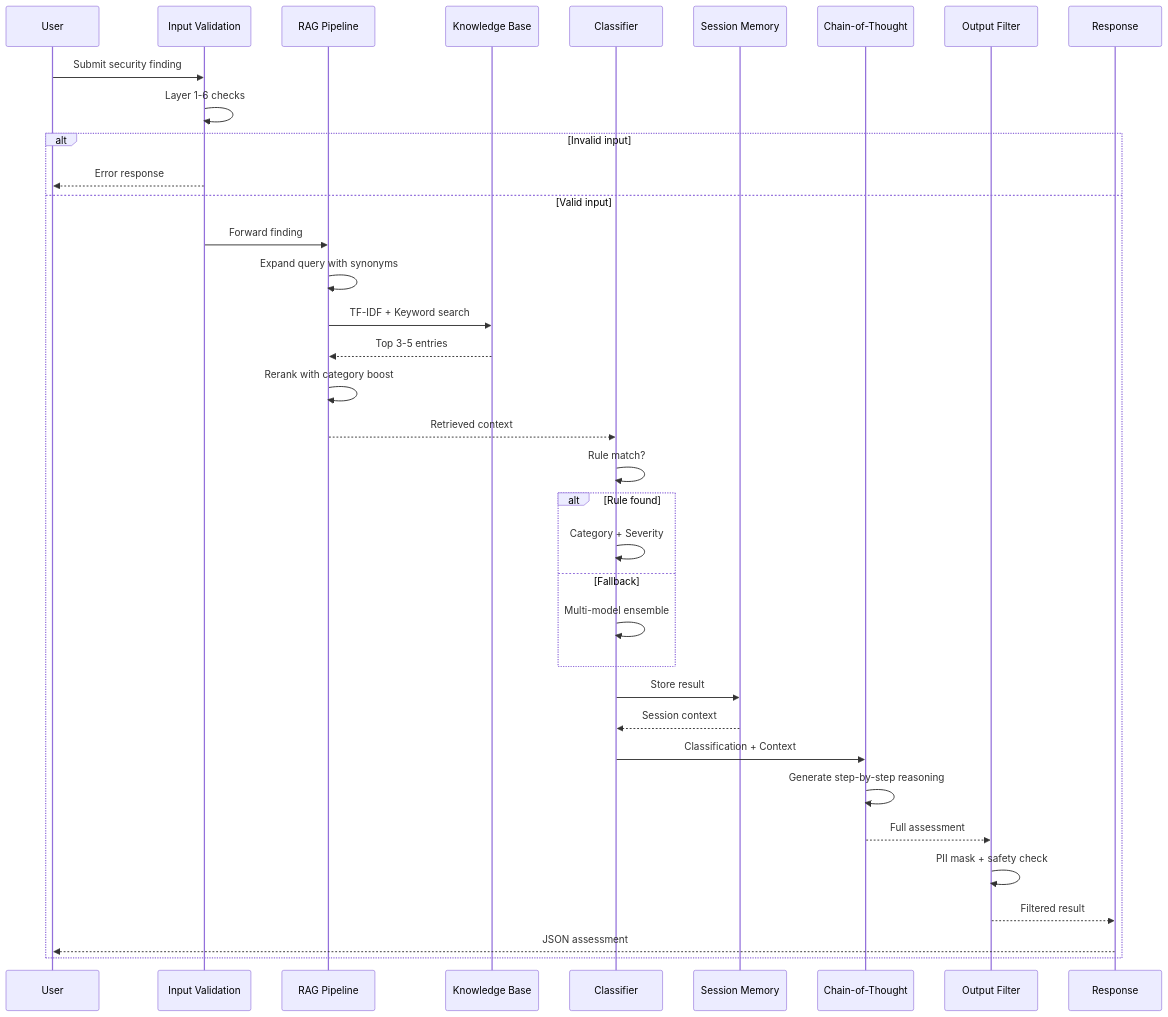
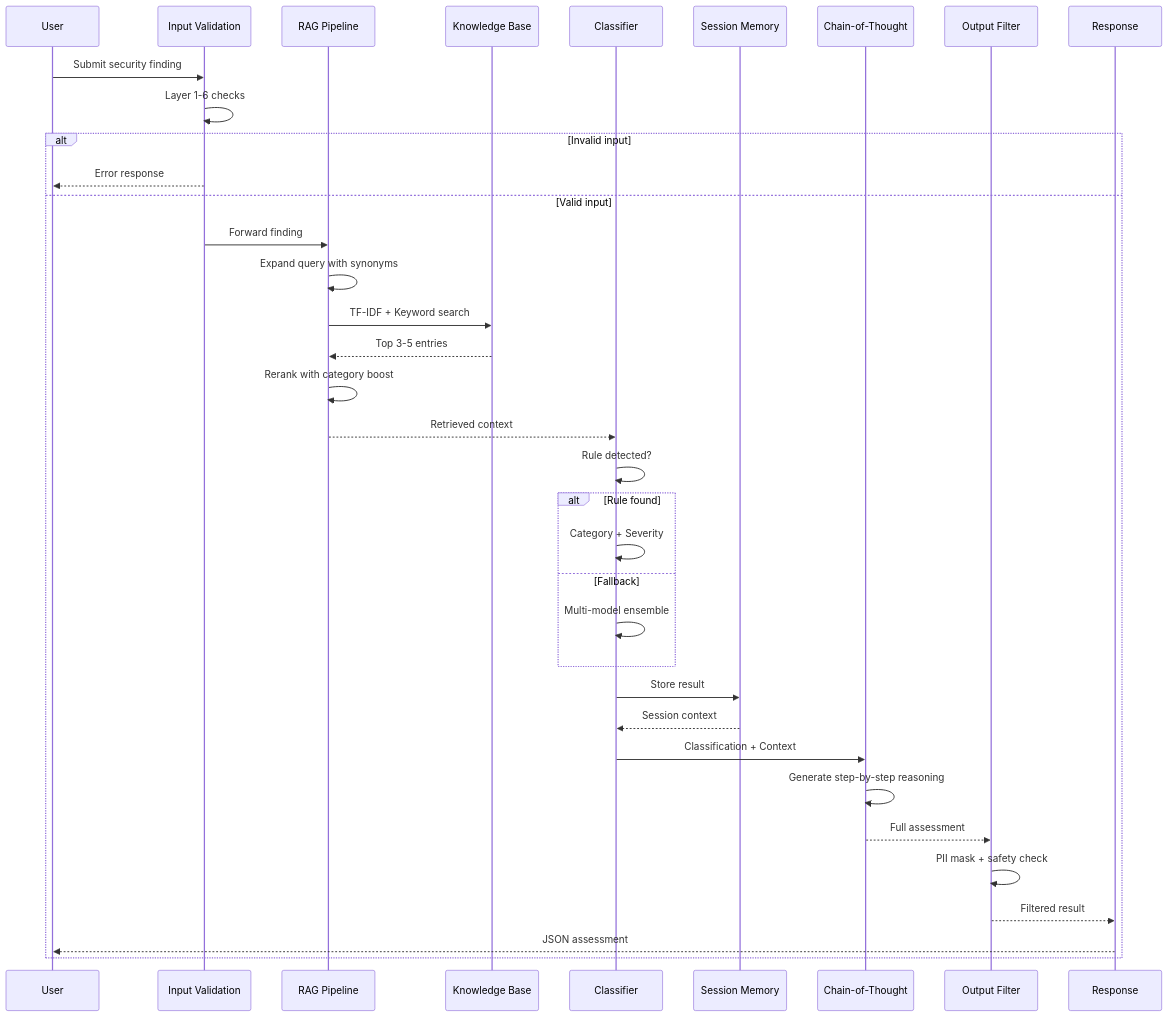
The seventh of 10 diagrams in README.md (tukue/devsecops-platform-agent), drawn with Mermaid before and after one commit. The commit also changed other lines of this file, not shown here.

Commit message:
Update diagram labels for clarity

````diff
--- a/README.md
+++ b/README.md
@@ -401,43 +401,43 @@
 ```mermaid
 sequenceDiagram
     participant User
     participant Validation as Input Validation
     participant RAG as RAG Pipeline
     participant KB as Knowledge Base
     participant Classify as Classifier
     participant Memory as Session Memory
     participant CoT as Chain-of-Thought
     participant Filter as Output Filter
     participant Response as Response
 
     User->>Validation: Submit security finding
     Validation->>Validation: Layer 1-6 checks
     alt Invalid input
         Validation-->>User: Error response
     else Valid input
         Validation->>RAG: Forward finding
         RAG->>RAG: Expand query with synonyms
         RAG->>KB: TF-IDF + Keyword search
         KB-->>RAG: Top 3-5 entries
         RAG->>RAG: Rerank with category boost
         RAG-->>Classify: Retrieved context
 
-        Classify->>Classify: Rule match?
+        Classify->>Classify: Rule detected?
         alt Rule found
             Classify->>Classify: Category + Severity
         else Fallback
             Classify->>Classify: Multi-model ensemble
         end
 
         Classify->>Memory: Store result
         Memory-->>Classify: Session context
 
         Classify->>CoT: Classification + Context
         CoT->>CoT: Generate step-by-step reasoning
         CoT-->>Filter: Full assessment
 
         Filter->>Filter: PII mask + safety check
         Filter-->>Response: Filtered result
         Response-->>User: JSON assessment
     end
 ```
````
